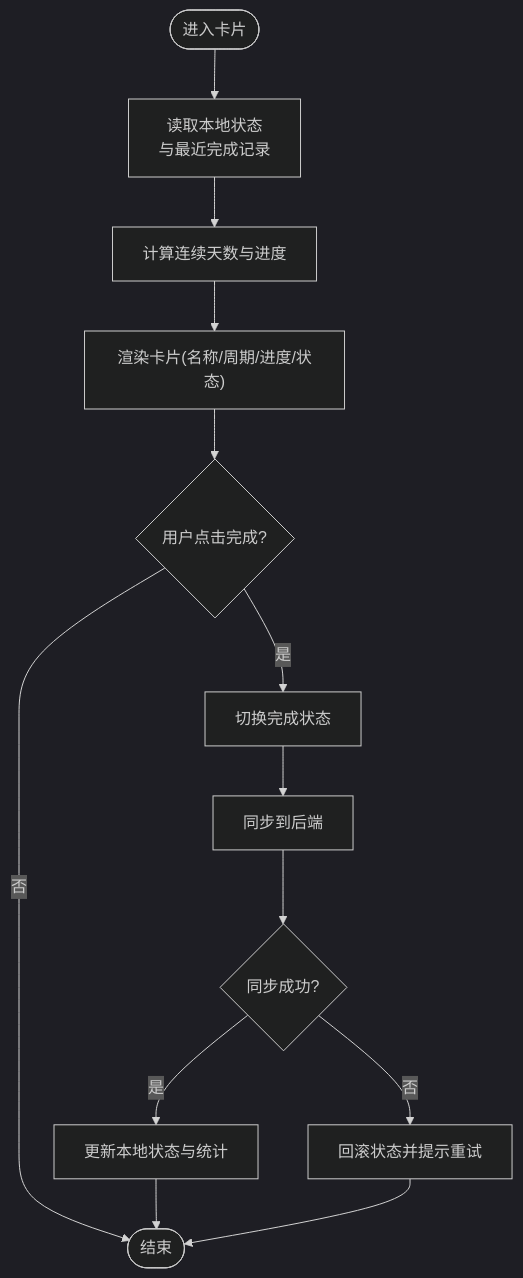
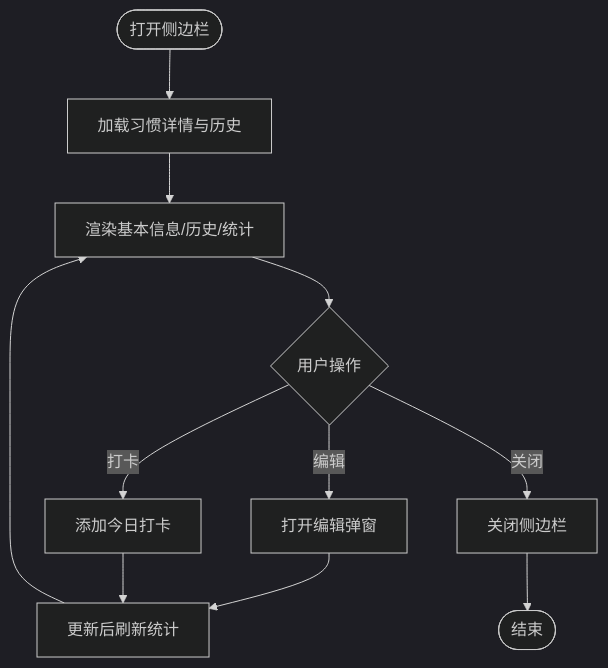
One commit to gzdxhujiale/FishWorker changed the fourth of 7 diagrams in .qoder/repowiki/zh/content/核心功能模块/习惯追踪系统.md. Above: the diagram before and after it, drawn with Mermaid (dark theme). The commit also changed other lines of this file and 238 other files, not shown here.

````diff
--- a/.qoder/repowiki/zh/content/核心功能模块/习惯追踪系统.md
+++ b/.qoder/repowiki/zh/content/核心功能模块/习惯追踪系统.md
@@ -181,15 +224,13 @@
 ```mermaid
 flowchart TD
-Start(["进入卡片"]) --> LoadState["读取本地状态<br/>与最近完成记录"]
-LoadState --> Calc["计算连续天数与进度"]
-Calc --> Render["渲染卡片(名称/周期/进度/状态)"]
-Render --> Click{"用户点击完成?"}
-Click --> |是| Toggle["切换完成状态"]
-Toggle --> Sync["同步到后端"]
-Sync --> Success{"同步成功?"}
-Success --> |是| Update["更新本地状态与统计"]
-Success --> |否| Rollback["回滚状态并提示重试"]
-Click --> |否| End(["结束"])
-Update --> End
-Rollback --> End
+Start(["打开侧边栏"]) --> LoadData["加载习惯详情与历史"]
+LoadData --> Render["渲染基本信息/历史/统计"]
+Render --> UserAction{"用户操作"}
+UserAction --> |编辑| OpenEdit["打开编辑弹窗"]
+UserAction --> |打卡| AddLog["添加今日打卡"]
+UserAction --> |关闭| Close["关闭侧边栏"]
+OpenEdit --> Update["更新后刷新统计"]
+AddLog --> Update
+Update --> Render
+Close --> End(["结束"])
 ```
````
